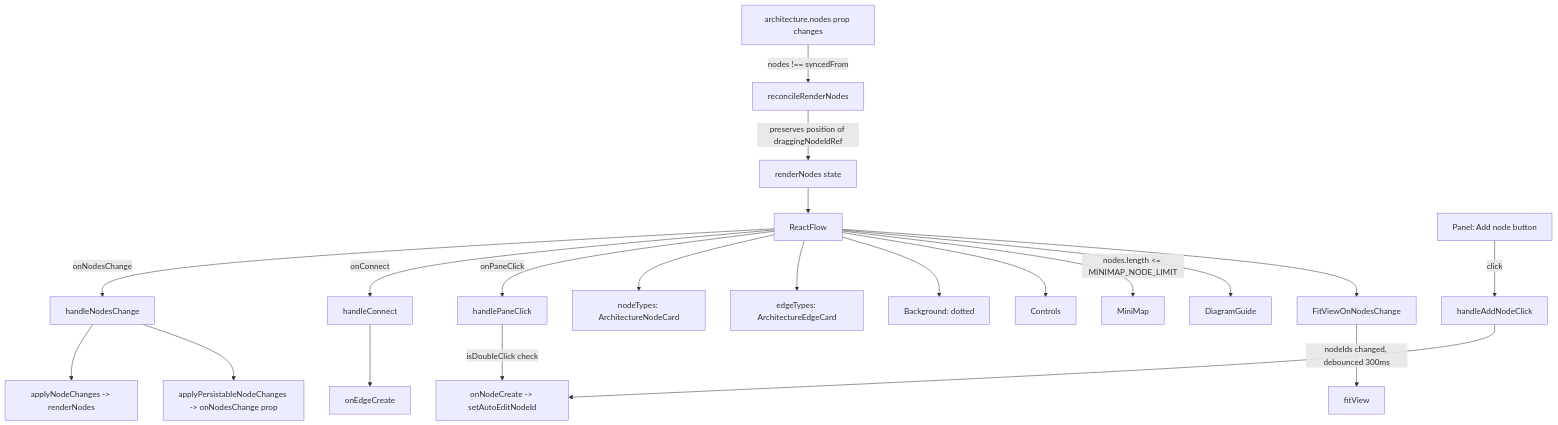
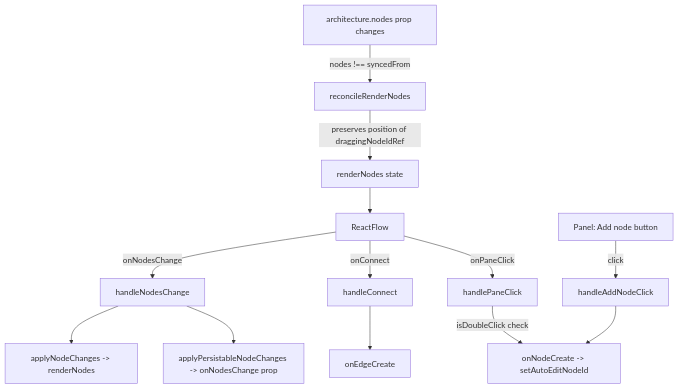
One commit to jgyy/architect-model changed the first of 2 diagrams in docs/categories/react-flow-canvas.md. Above: the diagram before and after it, drawn with Mermaid. The commit also changed 31 other files, not shown here.

Commit message:
docs: split mermaids into 2 for easier viewing (#52)

````diff
--- a/docs/categories/react-flow-canvas.md
+++ b/docs/categories/react-flow-canvas.md
@@ -7,24 +9,15 @@
 ```mermaid
 flowchart TD
     A[architecture.nodes prop changes] -->|nodes !== syncedFrom| B[reconcileRenderNodes]
     B -->|preserves position of draggingNodeIdRef| C[renderNodes state]
     C --> RF[ReactFlow]
 
     RF -->|onNodesChange| D[handleNodesChange]
     D --> D1[applyNodeChanges -> renderNodes]
     D --> D2[applyPersistableNodeChanges -> onNodesChange prop]
 
     RF -->|onConnect| E[handleConnect] --> E1[onEdgeCreate]
     RF -->|onPaneClick| F[handlePaneClick]
     F -->|isDoubleClick check| G[onNodeCreate -> setAutoEditNodeId]
     Panel[Panel: Add node button] -->|click| H[handleAddNodeClick] --> G
-
-    RF --> NT[nodeTypes: ArchitectureNodeCard]
-    RF --> ET[edgeTypes: ArchitectureEdgeCard]
-    RF --> BG[Background: dotted]
-    RF --> CTRL[Controls]
-    RF -->|nodes.length <= MINIMAP_NODE_LIMIT| MM[MiniMap]
-    RF --> DG[DiagramGuide]
-    RF --> FV[FitViewOnNodesChange]
-    FV -->|nodeIds changed, debounced 300ms| FitView[fitView]
 ```
````
